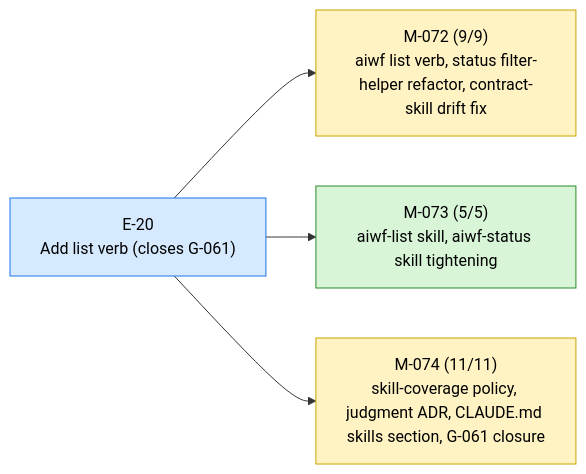
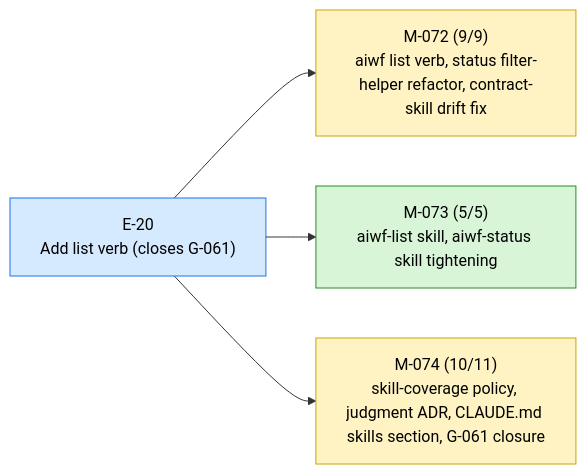
Before and after one commit to 23min/aiwf: the first of 2 diagrams in STATUS.md, drawn with Mermaid. The commit also changed other lines of this file and 1 other file, not shown here.

````diff
--- a/STATUS.md
+++ b/STATUS.md
@@ -13,16 +13,16 @@
 ```mermaid
 flowchart LR
   E_20["E-20<br/>Add list verb (closes G-061)"]:::epic_active
   M_072["M-072 (9/9)<br/>aiwf list verb, status filter-helper refactor, contract-skill drift fix"]:::ms_in_progress
   E_20 --> M_072
   M_073["M-073 (5/5)<br/>aiwf-list skill, aiwf-status skill tightening"]:::ms_done
   E_20 --> M_073
-  M_074["M-074 (11/11)<br/>skill-coverage policy, judgment ADR, CLAUDE.md skills section, G-061 closure"]:::ms_in_progress
+  M_074["M-074 (10/11)<br/>skill-coverage policy, judgment ADR, CLAUDE.md skills section, G-061 closure"]:::ms_in_progress
   E_20 --> M_074
   classDef epic_active fill:#d6eaff,stroke:#1a73e8,color:#000
   classDef epic_proposed fill:#f4f4f4,stroke:#888,color:#000
   classDef ms_done fill:#d8f5d8,stroke:#2a8a2a,color:#000
   classDef ms_in_progress fill:#fff3c4,stroke:#caa400,color:#000
   classDef ms_draft fill:#f4f4f4,stroke:#888,color:#000
   classDef ms_cancelled fill:#fbeaea,stroke:#c33,color:#000
 ```
````
